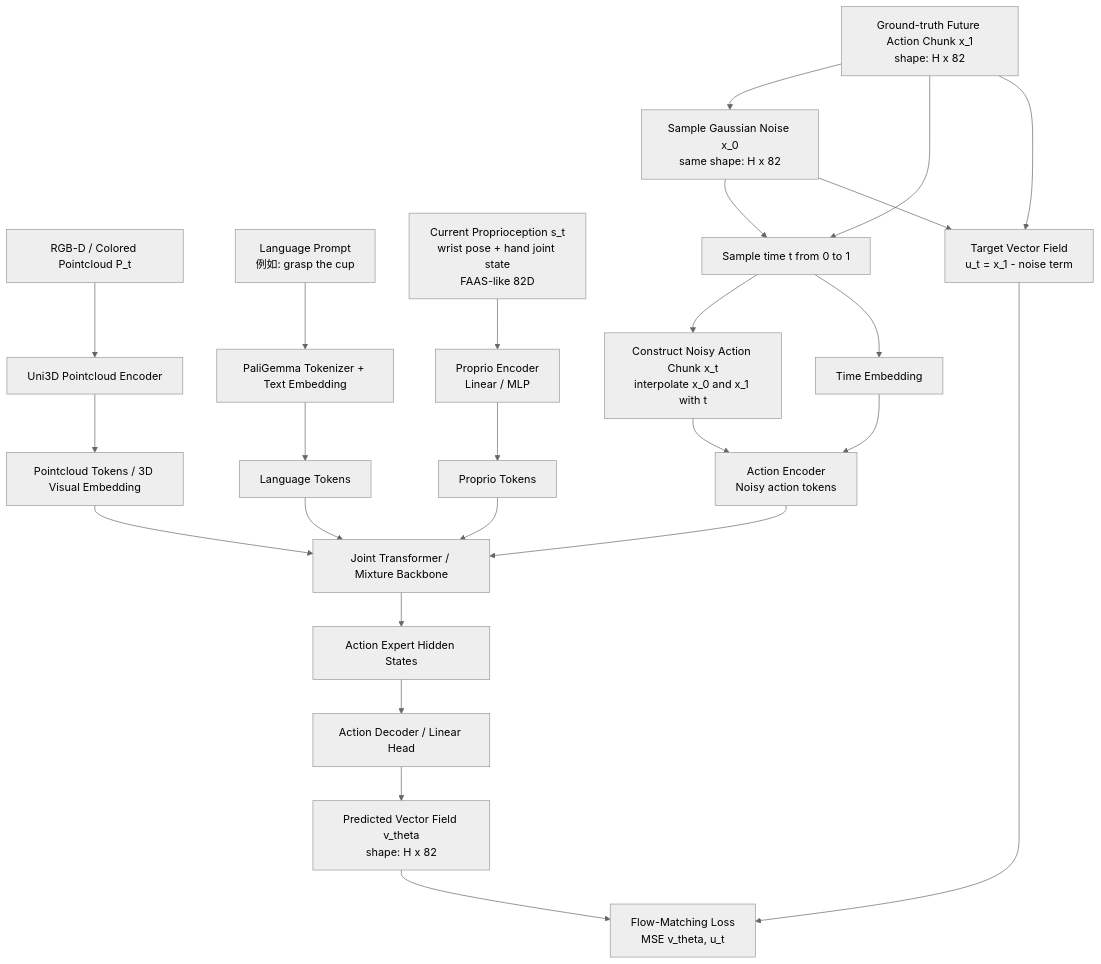
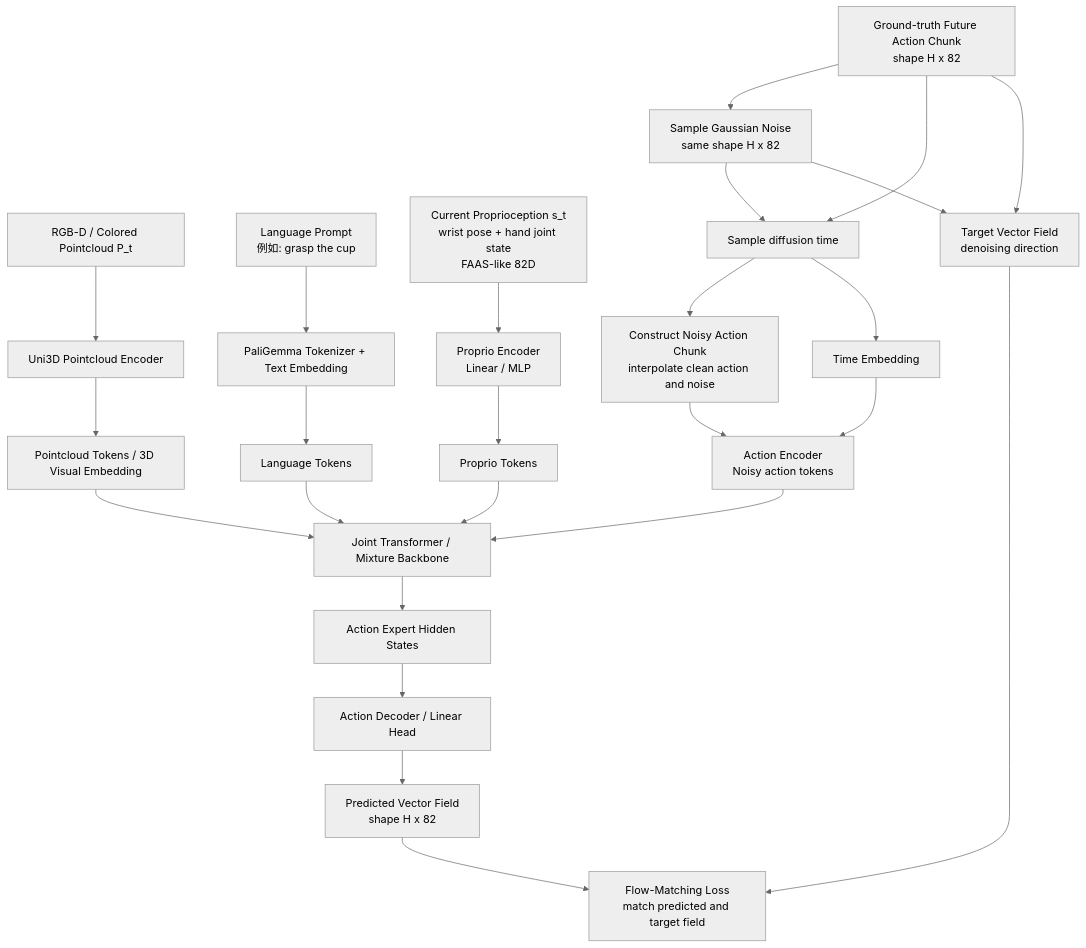
Before and after one commit to HongfeiWan/UniDex-L10: the first of 4 diagrams in README.md, drawn with Mermaid (neutral theme). The commit also changed other lines of this file, not shown here.

Commit message:
Refine flowchart descriptions in README for clarity, including updates to action chunk shapes and terminology related to noise sampling and denoising direction.

````diff
--- a/README.md
+++ b/README.md
@@ -45,35 +45,35 @@
 ```mermaid
 flowchart TD
     A[RGB-D / Colored Pointcloud P_t] --> B[Uni3D Pointcloud Encoder]
     B --> B1[Pointcloud Tokens / 3D Visual Embedding]
 
     C[Language Prompt<br/>例如: grasp the cup] --> D[PaliGemma Tokenizer + Text Embedding]
     D --> D1[Language Tokens]
 
     E[Current Proprioception s_t<br/>wrist pose + hand joint state<br/>FAAS-like 82D] --> F[Proprio Encoder<br/>Linear / MLP]
     F --> F1[Proprio Tokens]
 
-    G[Ground-truth Future Action Chunk x_1<br/>shape: H x 82] --> H[Sample Gaussian Noise x_0<br/>same shape: H x 82]
-    H --> I[Sample time t from 0 to 1]
+    G[Ground-truth Future Action Chunk<br/>shape H x 82] --> H[Sample Gaussian Noise<br/>same shape H x 82]
+    H --> I[Sample diffusion time]
     G --> I
-    I --> J[Construct Noisy Action Chunk x_t<br/>interpolate x_0 and x_1 with t]
+    I --> J[Construct Noisy Action Chunk<br/>interpolate clean action and noise]
 
     J --> K[Action Encoder<br/>Noisy action tokens]
     I --> K1[Time Embedding]
     K1 --> K
 
     B1 --> L[Joint Transformer / Mixture Backbone]
     D1 --> L
     F1 --> L
     K --> L
 
     L --> M[Action Expert Hidden States]
     M --> N[Action Decoder / Linear Head]
-    N --> O[Predicted Vector Field v_theta<br/>shape: H x 82]
+    N --> O[Predicted Vector Field<br/>shape H x 82]
 
-    G --> P[Target Vector Field<br/>u_t = x_1 - noise term]
+    G --> P[Target Vector Field<br/>denoising direction]
     H --> P
 
-    O --> Q[Flow-Matching Loss<br/>MSE v_theta, u_t]
+    O --> Q[Flow-Matching Loss<br/>match predicted and target field]
     P --> Q
 ```
````
